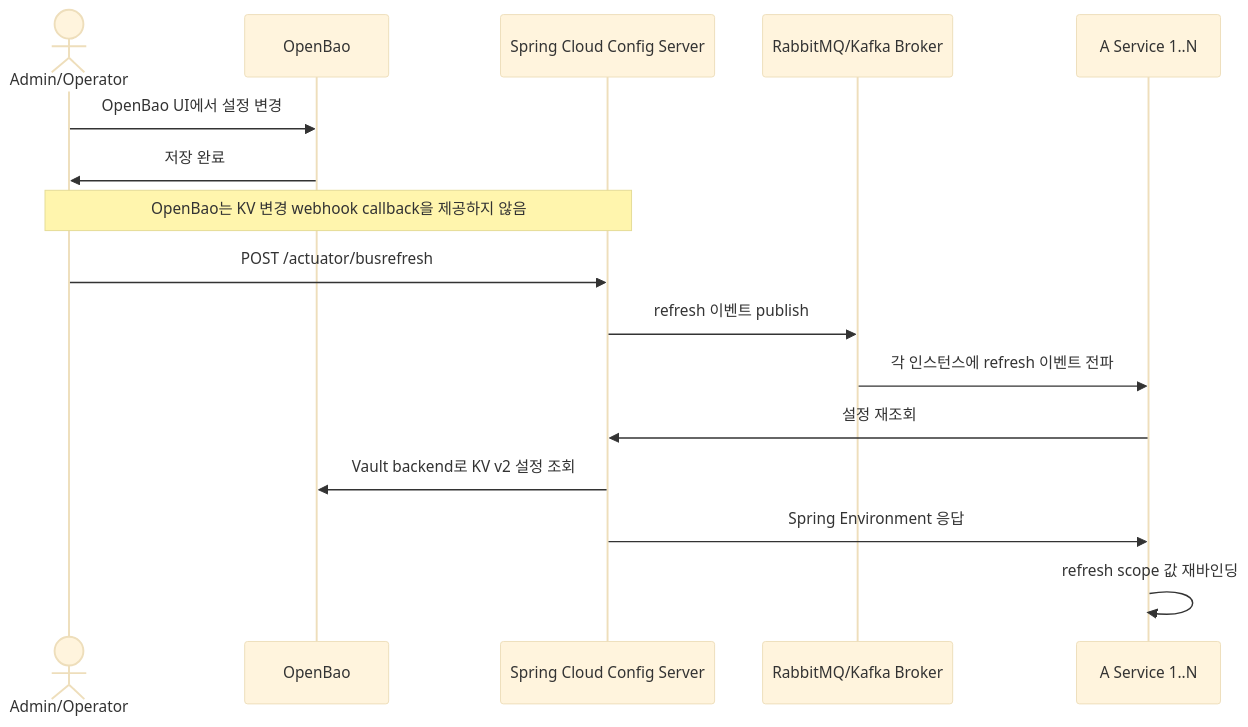
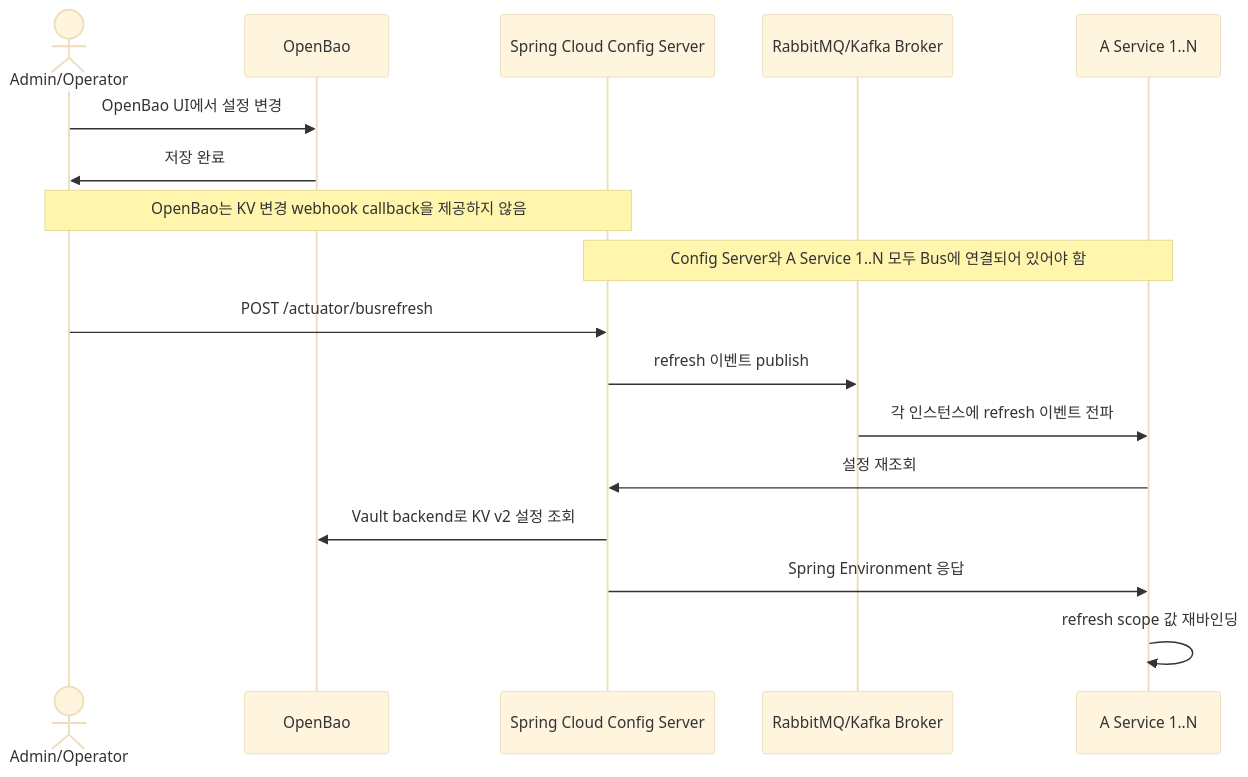
Before and after one commit to Hyune-s-lab/my-spring-cloud-config: the second of 2 diagrams in README.md, drawn with Mermaid (base theme). The commit also changed other lines of this file, not shown here.

Commit message:
docs: clarify spring bus refresh flow

````diff
--- a/README.md
+++ b/README.md
@@ -94,18 +96,19 @@
 ```mermaid
 sequenceDiagram
     actor Admin as Admin/Operator
     participant Bao as OpenBao
     participant Config as Spring Cloud Config Server
     participant Broker as RabbitMQ/Kafka Broker
     participant App as A Service 1..N
     Admin ->> Bao: OpenBao UI에서 설정 변경
     Bao ->> Admin: 저장 완료
     Note over Admin, Config: OpenBao는 KV 변경 webhook callback을 제공하지 않음
+    Note over Config, App: Config Server와 A Service 1..N 모두 Bus에 연결되어 있어야 함
     Admin ->> Config: POST /actuator/busrefresh
     Config ->> Broker: refresh 이벤트 publish
     Broker ->> App: 각 인스턴스에 refresh 이벤트 전파
     App ->> Config: 설정 재조회
     Config ->> Bao: Vault backend로 KV v2 설정 조회
     Config ->> App: Spring Environment 응답
     App ->> App: refresh scope 값 재바인딩
 ```
````
